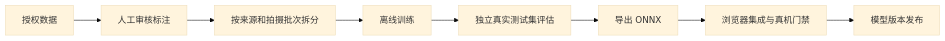
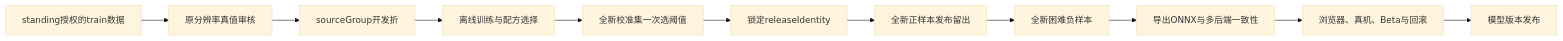
One commit to yaoyinyu/JiaRu changed the second of 2 diagrams in docs/nail-texture-local-inference-implementation-spec.md. Above: the diagram before and after it, drawn with Mermaid (base theme). The commit also changed other lines of this file and 11 other files, not shown here.

````diff
--- a/docs/nail-texture-local-inference-implementation-spec.md
+++ b/docs/nail-texture-local-inference-implementation-spec.md
@@ -137,10 +137,13 @@
 ```mermaid
 flowchart LR
-    A["授权数据"] --> B["人工审核标注"]
-    B --> C["按来源和拍摄批次拆分"]
-    C --> D["离线训练"]
-    D --> E["独立真实测试集评估"]
-    E --> F["导出 ONNX"]
-    F --> G["浏览器集成与真机门禁"]
-    G --> H["模型版本发布"]
+    A["standing授权的train数据"] --> B["原分辨率真值审核"]
+    B --> C["sourceGroup开发折"]
+    C --> D["离线训练与配方选择"]
+    D --> E["全新校准集一次选阈值"]
+    E --> F["锁定releaseIdentity"]
+    F --> G["全新正样本发布留出"]
+    G --> H["全新困难负样本"]
+    H --> I["导出ONNX与多后端一致性"]
+    I --> J["浏览器、真机、Beta与回滚"]
+    J --> K["模型版本发布"]
 ```
````
